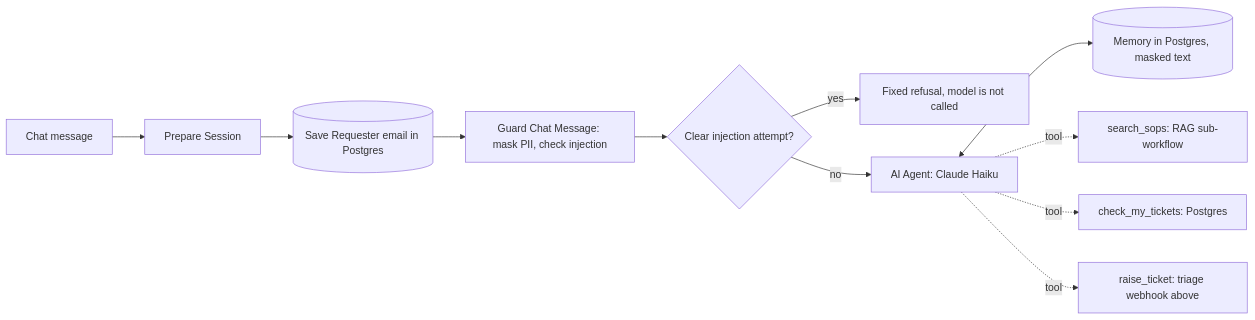
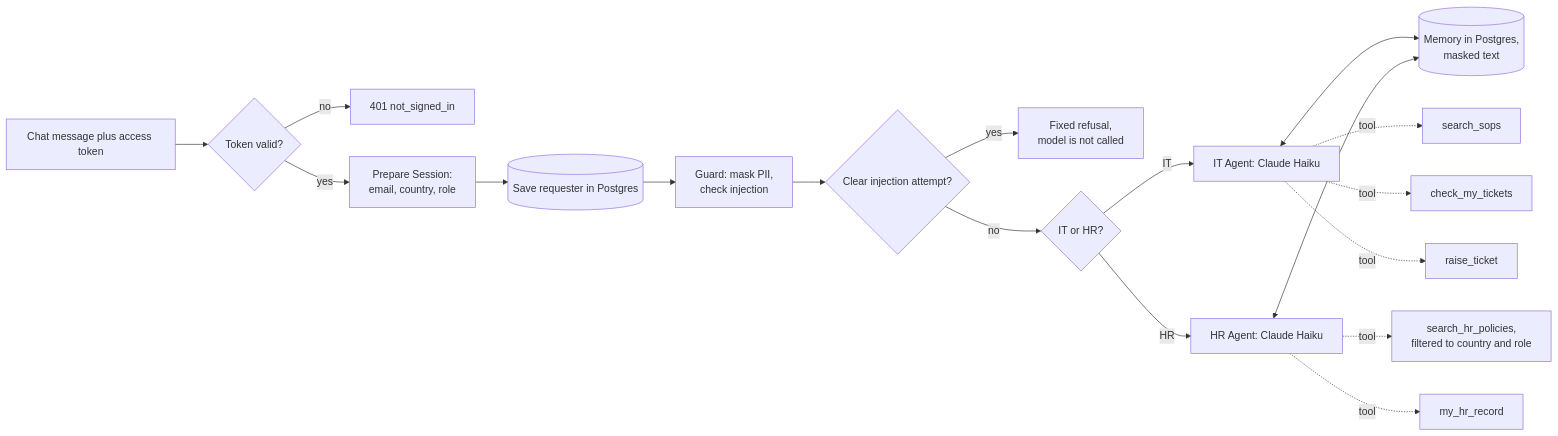
The third of 5 diagrams in README.md (kumar623/n8n_triage), drawn with Mermaid before and after one commit. The commit also changed other lines of this file, not shown here.

First line of the commit message:
Add system, chat and phone diagrams to the README

````diff
--- a/README.md
+++ b/README.md
@@ -78,13 +123,20 @@
 ```mermaid
 flowchart LR
-    U[Chat message] --> PS[Prepare Session]
-    PS --> SR[(Save Requester email in Postgres)]
-    SR --> GC[Guard Chat Message: mask PII, check injection]
-    GC --> Q{Clear injection attempt?}
-    Q -- yes --> RF[Fixed refusal, model is not called]
-    Q -- no --> AG[AI Agent: Claude Haiku]
-    AG <--> MEM[(Memory in Postgres, masked text)]
-    AG -. tool .-> T1[search_sops: RAG sub-workflow]
-    AG -. tool .-> T2[check_my_tickets: Postgres]
-    AG -. tool .-> T3[raise_ticket: triage webhook above]
+    U["Chat message plus access token"] --> V{"Token valid?"}
+    V -- no --> X["401 not_signed_in"]
+    V -- yes --> PS["Prepare Session:<br/>email, country, role"]
+    PS --> SR[("Save requester in Postgres")]
+    SR --> GC["Guard: mask PII,<br/>check injection"]
+    GC --> Q{"Clear injection attempt?"}
+    Q -- yes --> RF["Fixed refusal,<br/>model is not called"]
+    Q -- no --> RT{"IT or HR?"}
+    RT -- IT --> AG["IT Agent: Claude Haiku"]
+    RT -- HR --> HG["HR Agent: Claude Haiku"]
+    AG <--> MEM[("Memory in Postgres,<br/>masked text")]
+    HG <--> MEM
+    AG -. tool .-> T1["search_sops"]
+    AG -. tool .-> T2["check_my_tickets"]
+    AG -. tool .-> T3["raise_ticket"]
+    HG -. tool .-> T4["search_hr_policies,<br/>filtered to country and role"]
+    HG -. tool .-> T5["my_hr_record"]
 ```
````
